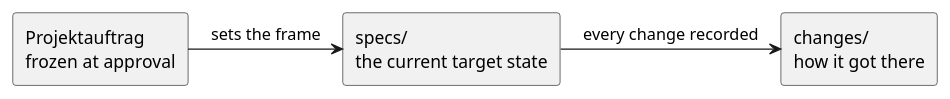
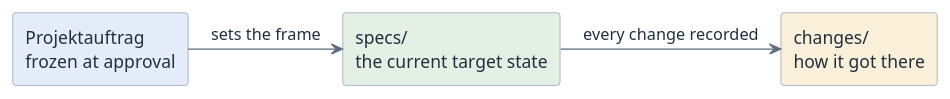
One commit to htl-leonding-college/curriculum-syp3 changed the second of 2 diagrams in modules/sdd-why-specs/index.adoc. Above: the diagram before and after it, drawn with PlantUML. The commit also changed other lines of this file and 6 other files, not shown here.

```diff
--- a/modules/sdd-why-specs/index.adoc
+++ b/modules/sdd-why-specs/index.adoc
@@ -187,12 +333,15 @@
 [plantuml,frozen-and-alive,svg]
 ----
 @startuml
-skinparam monochrome true
+<style>
+element { BackgroundColor #EDF3FA; LineColor #7C93AD; FontColor #21303F }
+arrow { LineColor #5A6B7D; FontColor #21303F }
+</style>
 skinparam shadowing false
-rectangle "Projektauftrag\nfrozen at approval" as C
-rectangle "specs/\nthe current target state" as S
-rectangle "changes/\nhow it got there" as A
+rectangle "Projektauftrag\nfrozen at approval" as C #E3ECF8
+rectangle "specs/\nthe current target state" as S #E4F0E4
+rectangle "changes/\nhow it got there" as A #FAF0D9
 C -right-> S : sets the frame
 S -right-> A : every change recorded
 @enduml
 ----
```
